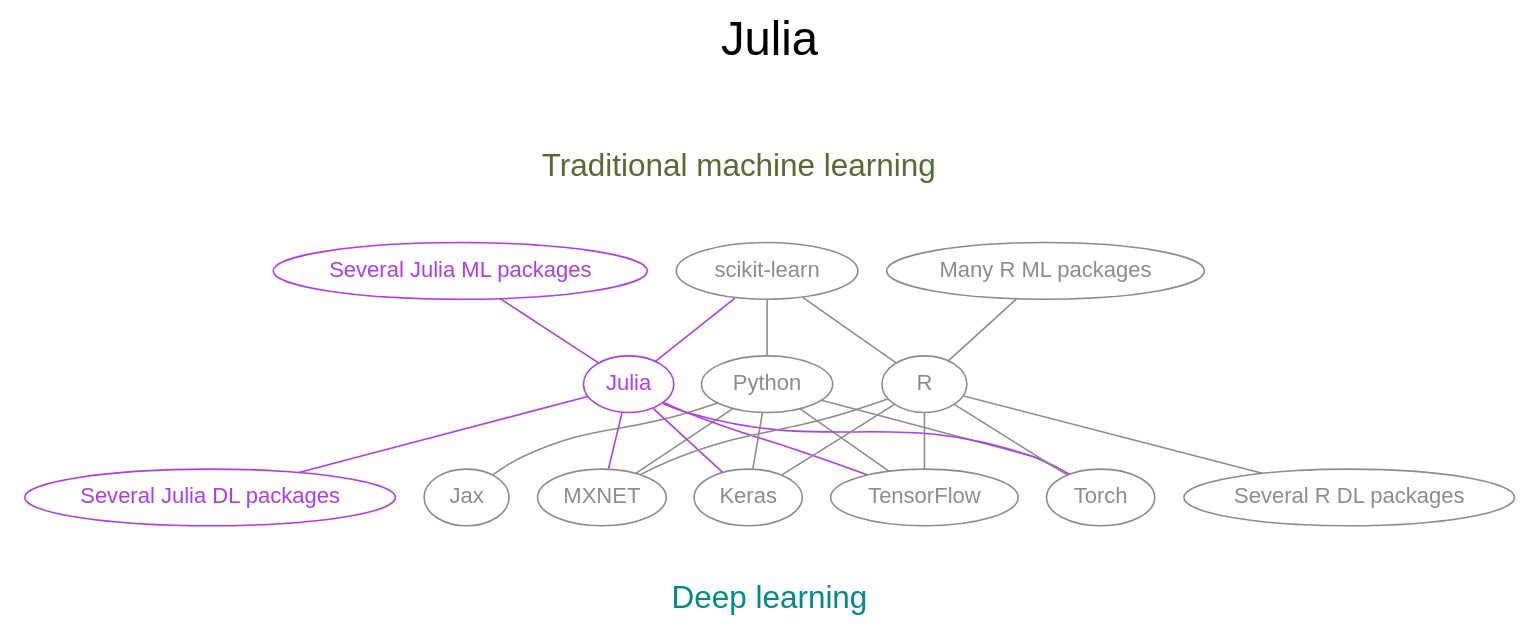
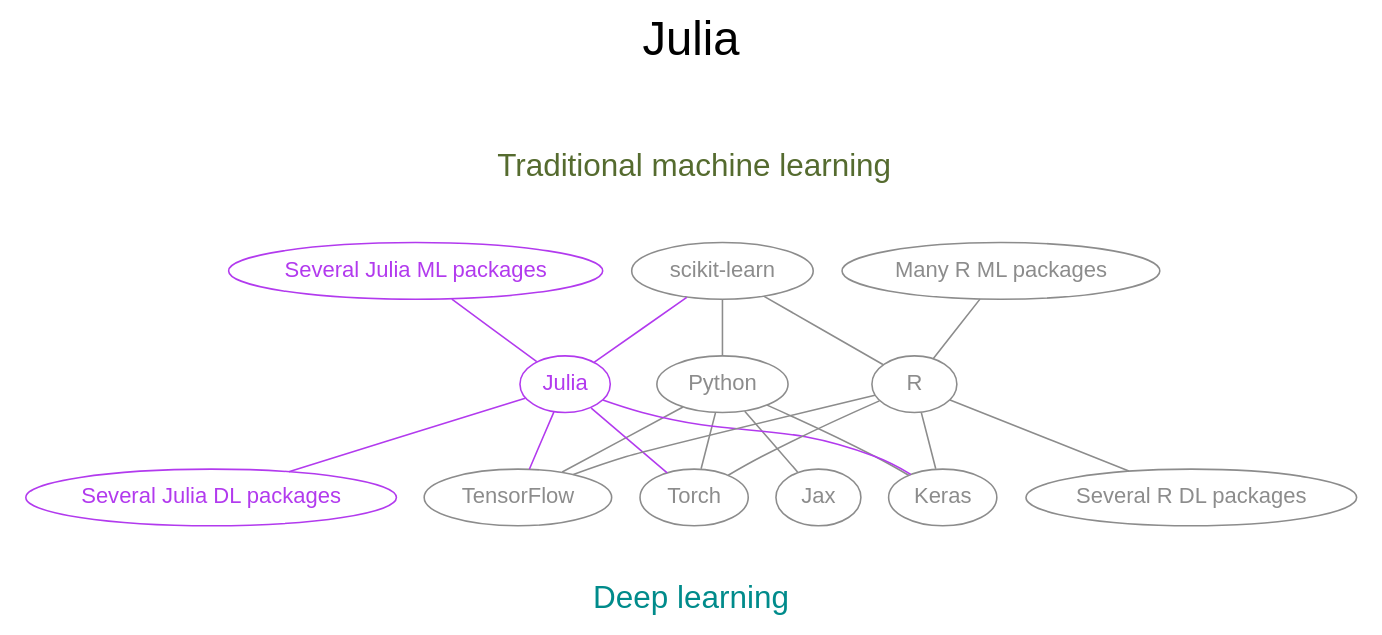
The sixth of 12 diagrams in ml/frameworks_slides.qmd (WestDRI/arc-training), drawn with Graphviz before and after one commit. The commit also changed other lines of this file, not shown here.

````diff
--- a/ml/frameworks_slides.qmd
+++ b/ml/frameworks_slides.qmd
@@ -230,55 +302,56 @@
 ```{dot}
 //| echo: false
 
 strict graph {
-  label="Julia\n\n"
-  labelloc=t
-  fontsize=30
+  
+label="Julia\n\n"
+labelloc=t
+fontsize=30
 
-  bgcolor="transparent"
-  graph [fontname="Inconsolata, sans-serif"]
-  node [fontname="Inconsolata, sans-serif"]
+bgcolor="transparent"
+graph [fontname="Inconsolata, sans-serif"]
+node [fontname="Inconsolata, sans-serif"]
 
-  subgraph cluster_ml {
-	peripheries=0
-	label="Traditional machine learning\n\n"
-	fontcolor=darkolivegreen
-	fontsize=20
-	"scikit-learn" "Several Julia ML packages" "Many R ML packages"
-  }
+subgraph cluster_ml {
+  peripheries=0
+  label="Traditional machine learning\n\n"
+  fontcolor=darkolivegreen
+  fontsize=20
+  "scikit-learn" "Several Julia ML packages" "Many R ML packages"
+}
 
-  subgraph cluster_dl {
-	peripheries=0
-	label="\nDeep learning"
-	fontcolor=darkcyan
-	fontsize=20
-	labelloc=b
-	Torch TensorFlow Jax Keras MXNET "Several Julia DL packages" "Several R DL packages"
-  }
+subgraph cluster_dl {
+  peripheries=0
+  label="\nDeep learning"
+  fontcolor=darkcyan
+  fontsize=20
+  labelloc=b
+  Torch TensorFlow Jax Keras "Several Julia DL packages" "Several R DL packages"
+}
 
-  Python [color=gray55, fontcolor=gray55, URL="https://www.python.org/"]
-  Julia [color=darkorchid2, fontcolor=darkorchid2, URL="https://julialang.org/"]
-  R [color=gray55, fontcolor=gray55, URL="https://www.r-project.org/"]
+Python [color=gray55, fontcolor=gray55, URL="https://www.python.org/"]
+Julia [color=darkorchid2, fontcolor=darkorchid2, URL="https://julialang.org/"]
+R [color=gray55, fontcolor=gray55, URL="https://www.r-project.org/"]
 
-  "Several Julia ML packages" [color=darkorchid2, fontcolor=darkorchid2]
-  "Several Julia DL packages" [color=darkorchid2, fontcolor=darkorchid2]
-  Keras [color=gray55, fontcolor=gray55, URL="https://github.com/ayush1999/Keras.jl"]
-  "scikit-learn" [color=gray55, fontcolor=gray55, URL="https://github.com/cstjean/ScikitLearn.jl"]
-  MXNET [color=gray55, fontcolor=gray55, URL="https://mxnet.apache.org/versions/1.9.1/api/julia/docs/api/"]
-  TensorFlow [color=gray55, fontcolor=gray55, URL="https://malmaud.github.io/tfdocs/"]
-  Torch [color=gray55, fontcolor=gray55, URL="https://github.com/FluxML/Torch.jl"]
+"Several Julia ML packages" [color=darkorchid2, fontcolor=darkorchid2]
+"Several Julia DL packages" [color=darkorchid2, fontcolor=darkorchid2]
+Keras [color=gray55, fontcolor=gray55, URL="https://github.com/ayush1999/Keras.jl"]
+"scikit-learn" [color=gray55, fontcolor=gray55, URL="https://github.com/cstjean/ScikitLearn.jl"]
+TensorFlow [color=gray55, fontcolor=gray55, URL="https://malmaud.github.io/tfdocs/"]
+Torch [color=gray55, fontcolor=gray55, URL="https://github.com/FluxML/Torch.jl"]
 
-  "scikit-learn" -- Python [color=gray55]
-  Python -- {Torch TensorFlow Jax Keras MXNET} [color=gray55]
+"scikit-learn" -- Python [color=gray55]
+Python -- {Torch TensorFlow Jax Keras} [color=gray55]
 
-  {"Several Julia ML packages" "scikit-learn"} -- Julia [color=darkorchid2]
-  Julia -- {"Several Julia DL packages" Torch TensorFlow Keras MXNET} [color=darkorchid2]
+{"Several Julia ML packages" "scikit-learn"} -- Julia [color=darkorchid2]
+Julia -- {"Several Julia DL packages" Torch TensorFlow Keras} [color=darkorchid2]
 
-  {"scikit-learn" "Many R ML packages"} -- R [color=gray55]
-  R -- {"Several R DL packages" Torch TensorFlow Keras MXNET} [color=gray55]
+{"scikit-learn" "Many R ML packages"} -- R [color=gray55]
+R -- {"Several R DL packages" Torch TensorFlow Keras} [color=gray55]
 
-  "Many R ML packages" [color=gray55, fontcolor=gray55]
-  "Several R DL packages" [color=gray55, fontcolor=gray55]
-  Jax [color=gray55, fontcolor=gray55]
+"Many R ML packages" [color=gray55, fontcolor=gray55]
+"Several R DL packages" [color=gray55, fontcolor=gray55]
+Jax [color=gray55, fontcolor=gray55]
+
 }
 ```
````
